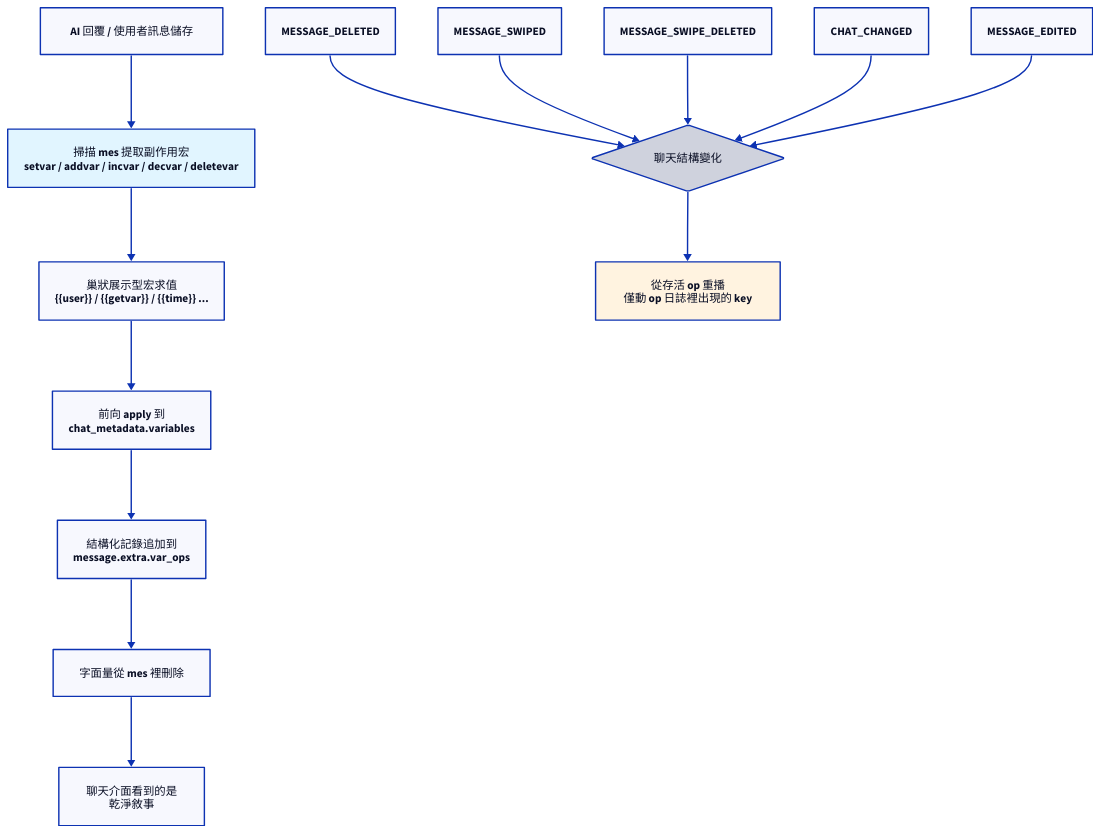
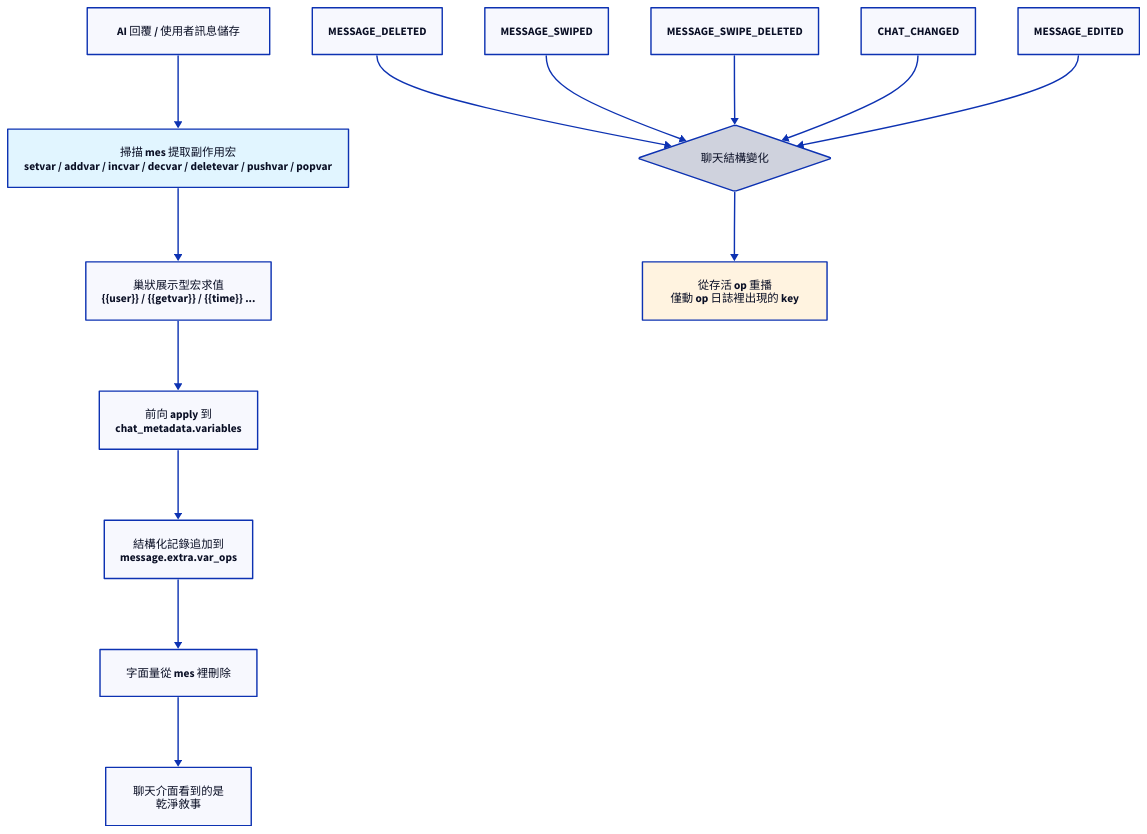
The diagram in docs/zh-TW/features/variable-op-log.md (funnycups/Luker), drawn with D2 before and after one commit. The commit also changed other lines of this file and 18 other files, not shown here.

````diff
--- a/docs/zh-TW/features/variable-op-log.md
+++ b/docs/zh-TW/features/variable-op-log.md
@@ -13,34 +13,34 @@
 ```d2
 direction: down
 
 AI: "AI 回覆 / 使用者訊息儲存"
-EXTRACT: "掃描 mes 提取副作用宏\nsetvar / addvar / incvar / decvar / deletevar" {
+EXTRACT: "掃描 mes 提取副作用宏\nsetvar / addvar / incvar / decvar / deletevar / pushvar / popvar" {
   style.fill: "#e1f5ff"
 }
 EVAL: "巢狀展示型宏求值\n{{user}} / {{getvar}} / {{time}} ..."
 APPLY: "前向 apply 到\nchat_metadata.variables"
 LOG: "結構化記錄追加到\nmessage.extra.var_ops"
 CLEAN: "字面量從 mes 裡刪除"
 DISPLAY: "聊天介面看到的是\n乾淨敘事"
 
 AI -> EXTRACT -> EVAL -> APPLY -> LOG -> CLEAN -> DISPLAY
 
 REPLAY: "聊天結構變化" {
   shape: diamond
 }
 DEL: "MESSAGE_DELETED"
 SWIPE: "MESSAGE_SWIPED"
 SWIPED: "MESSAGE_SWIPE_DELETED"
 CHANGED: "CHAT_CHANGED"
 EDIT: "MESSAGE_EDITED"
 REBUILD: "從存活 op 重播\n僅動 op 日誌裡出現的 key" {
   style.fill: "#fff3e0"
 }
 
 DEL -> REPLAY
 SWIPE -> REPLAY
 SWIPED -> REPLAY
 CHANGED -> REPLAY
 EDIT -> REPLAY
 REPLAY -> REBUILD
 ```
````
